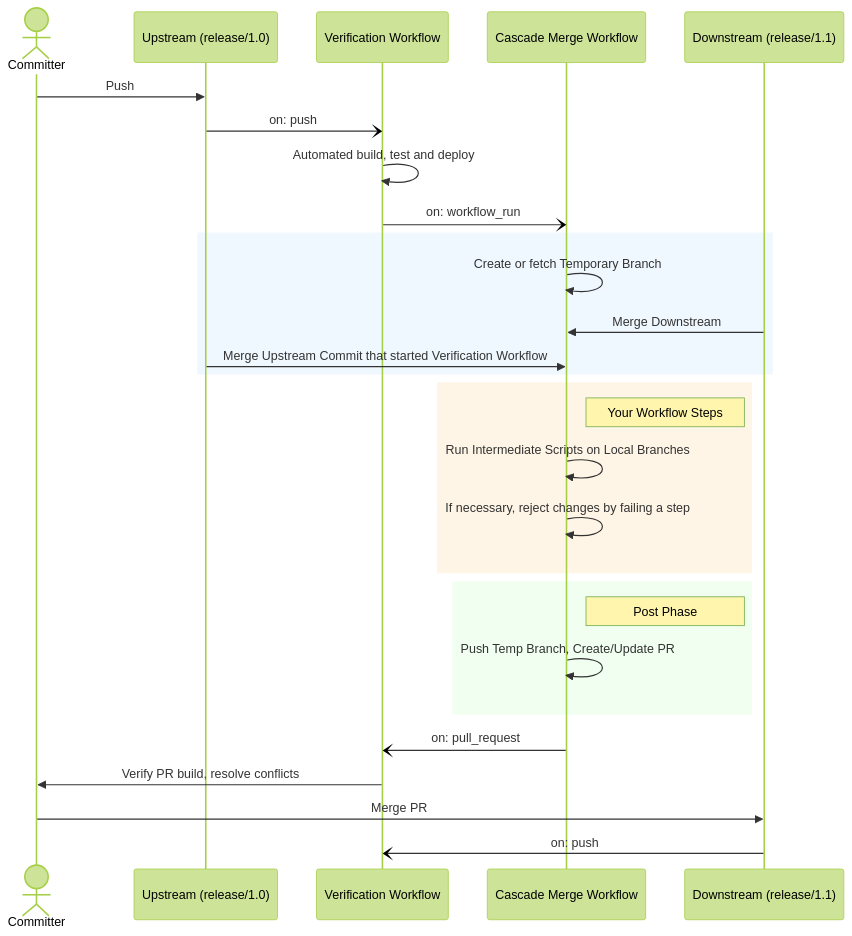
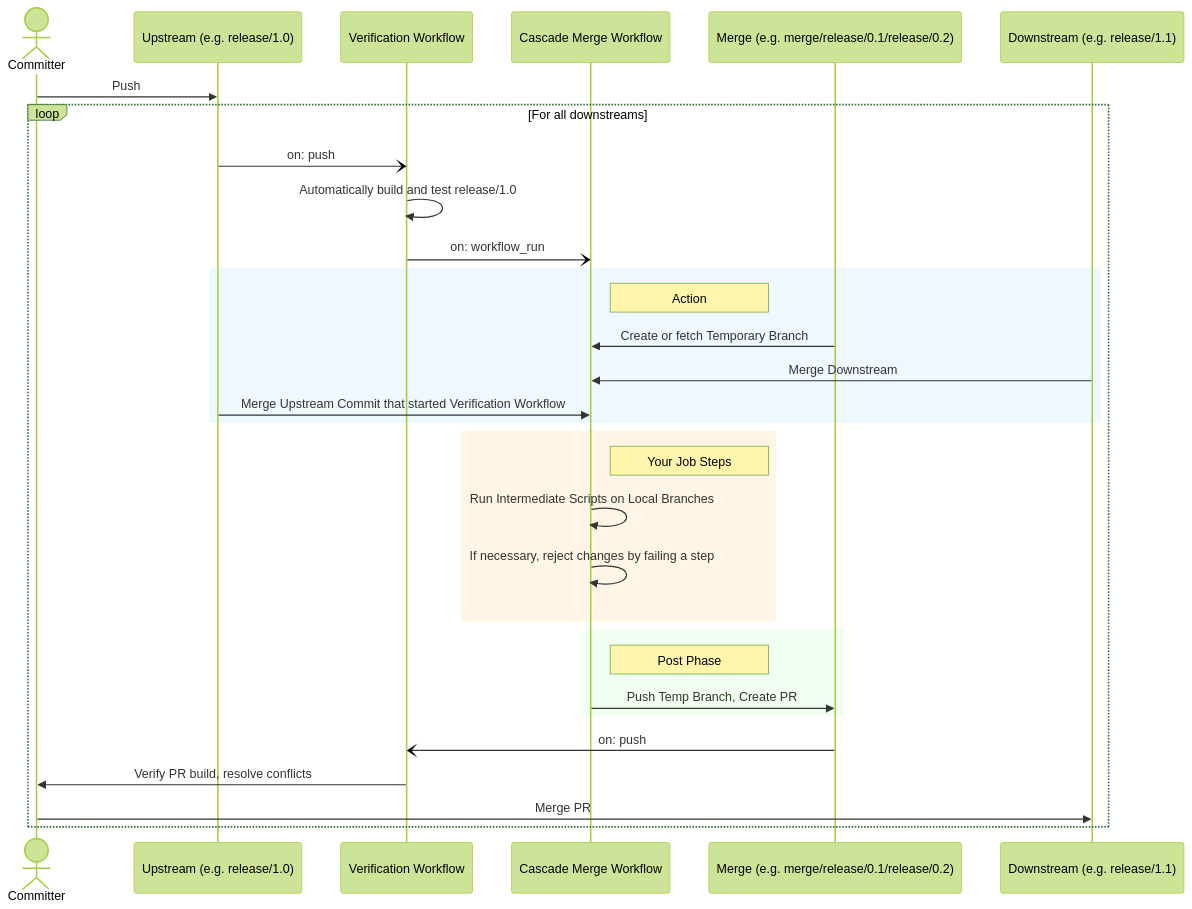
Before and after one commit to basilevs/cascade-merge: the diagram in README.md, drawn with Mermaid (forest theme).

Commit message:
Show merge branch

````diff
--- a/README.md
+++ b/README.md
@@ -20,35 +20,39 @@
 ```mermaid
 sequenceDiagram
     actor C as Committer
-    participant U as Upstream (release/1.0)
+    participant U as Upstream (e.g. release/1.0)
     participant GH as Verification Workflow
     participant A as Cascade Merge Workflow
-    participant D as Downstream (release/1.1)
+    participant M as Merge (e.g. merge/release/0.1/release/0.2)
+    participant D as Downstream (e.g. release/1.1)
 
     C->>U: Push
+    loop For all downstreams
     U-)GH: on: push
-    GH->>GH: Automated build, test and deploy
+    GH->>GH: Automatically build and test release/1.0
     GH-)A: on: workflow_run
     
+
     rect rgb(240, 248, 255)
-        A->>A: Create or fetch Temporary Branch
+        note right of A: Action
+        M->>A: Create or fetch Temporary Branch
         D->>A: Merge Downstream
         U->>A: Merge Upstream Commit that started Verification Workflow
     end
     
     rect rgb(255, 245, 230)
-        note right of A: Your Workflow Steps
+        note right of A: Your Job Steps
         A->>A: Run Intermediate Scripts on Local Branches
         A->>A: If necessary, reject changes by failing a step
     end
     
     rect rgb(240, 255, 240)
         note right of A: Post Phase
-        A->>A: Push Temp Branch, Create/Update PR
+        A->>M: Push Temp Branch, Create PR
     end
-    A-)GH: on: pull_request
+    M-)GH: on: push
 
     GH->>C: Verify PR build, resolve conflicts
     C->>D: Merge PR
-    D-)GH: on: push
+    end
 ```
````
